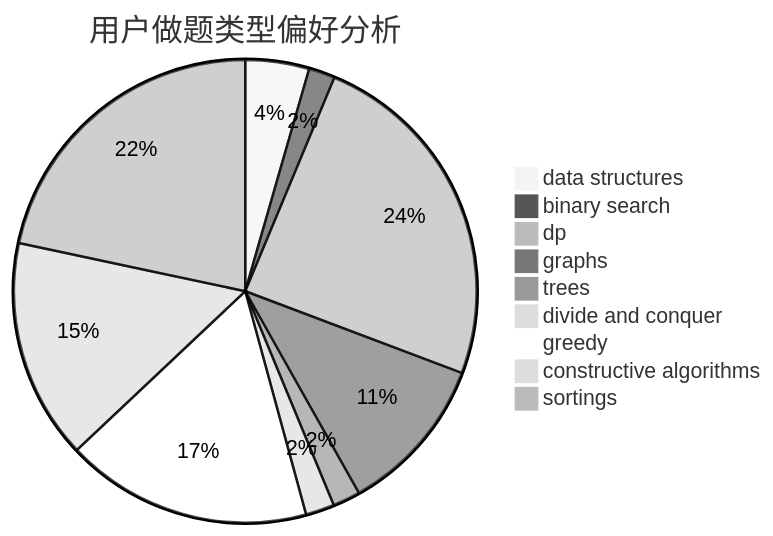
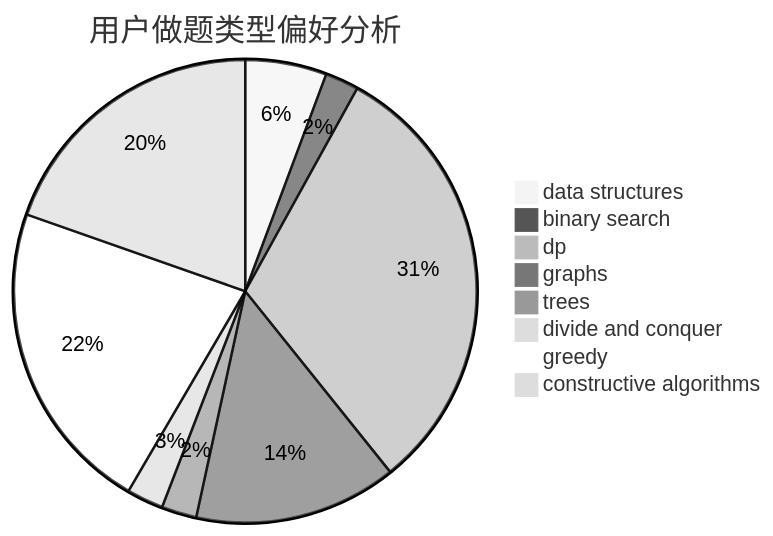
One commit to sherpahu/cfrs.github.io changed the second of 3 diagrams in docs/user/u807.md. Above: the diagram before and after it, drawn with Mermaid (neutral theme). The commit also changed other lines of this file and 2769 other files, not shown here.

````diff
--- a/docs/user/u807.md
+++ b/docs/user/u807.md
@@ -18,12 +18,11 @@
 ```mermaid
 pie title 用户做题类型偏好分析
     "data structures" :  51
     "binary search" :  21
     "dp" :  280
     "graphs" :  127
     "trees" :  22
     "divide and conquer" :  23
     "greedy" :  197
     "constructive algorithms" :  176
-    "sortings" :  248
 ```
````
